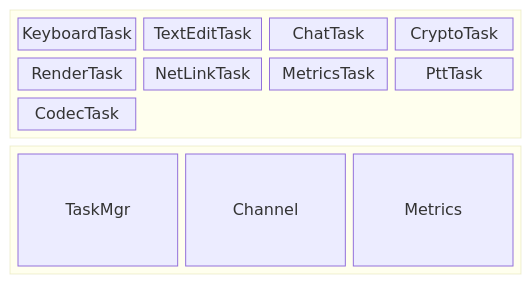
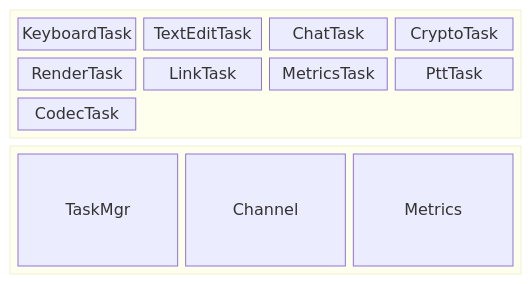
Before and after one commit to fluffy/bare-rust: the first of 6 diagrams in Architecture.md, drawn with Mermaid. The commit also changed other lines of this file and 6 other files, not shown here.

Commit message:
Rename NetLink to Link

````diff
--- a/Architecture.md
+++ b/Architecture.md
@@ -27,22 +27,22 @@
 ```mermaid
 block-beta
     columns 1
     block: BSP:1
         columns 4
         KeyboardTask
         TextEditTask
         ChatTask
         CryptoTask
         RenderTask
-        NetLinkTask
+        LinkTask
         MetricsTask
       PttTask
       CodecTask
     end
     block: base:1
         columns 4
         TaskMgr
         Channel
         Metrics
     end
 ```
````
